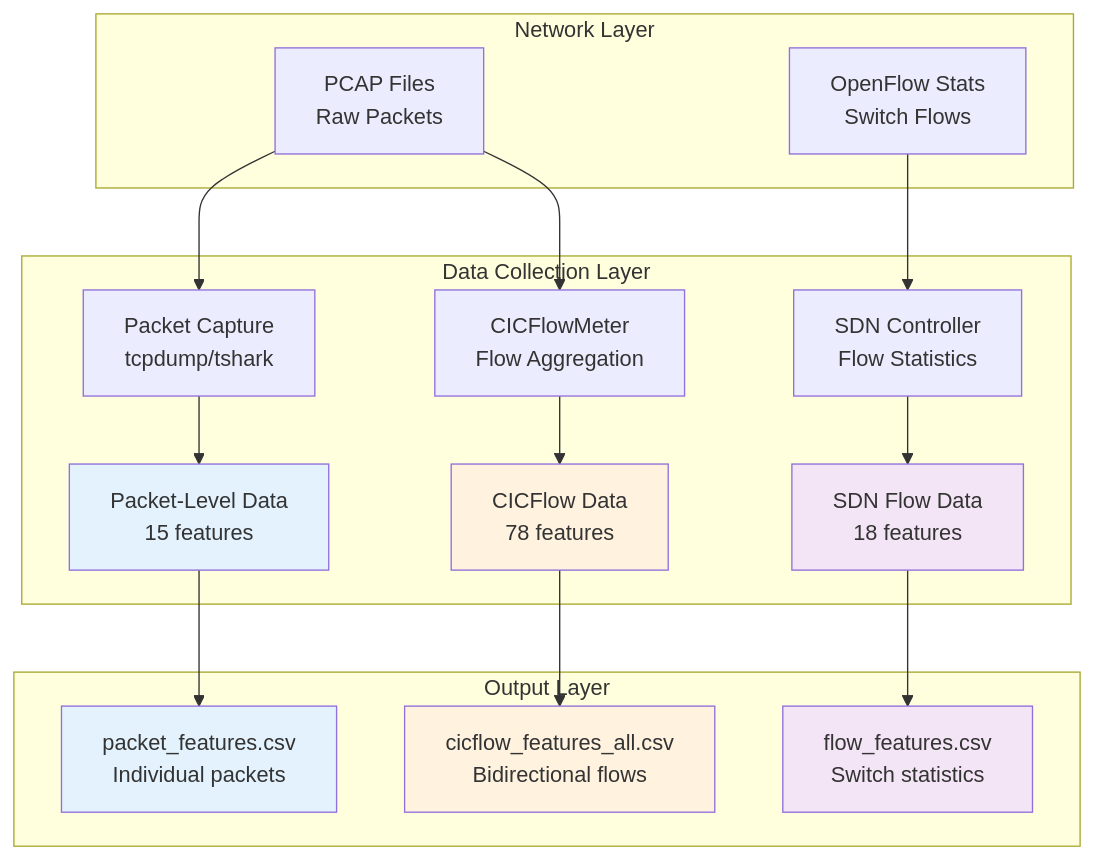
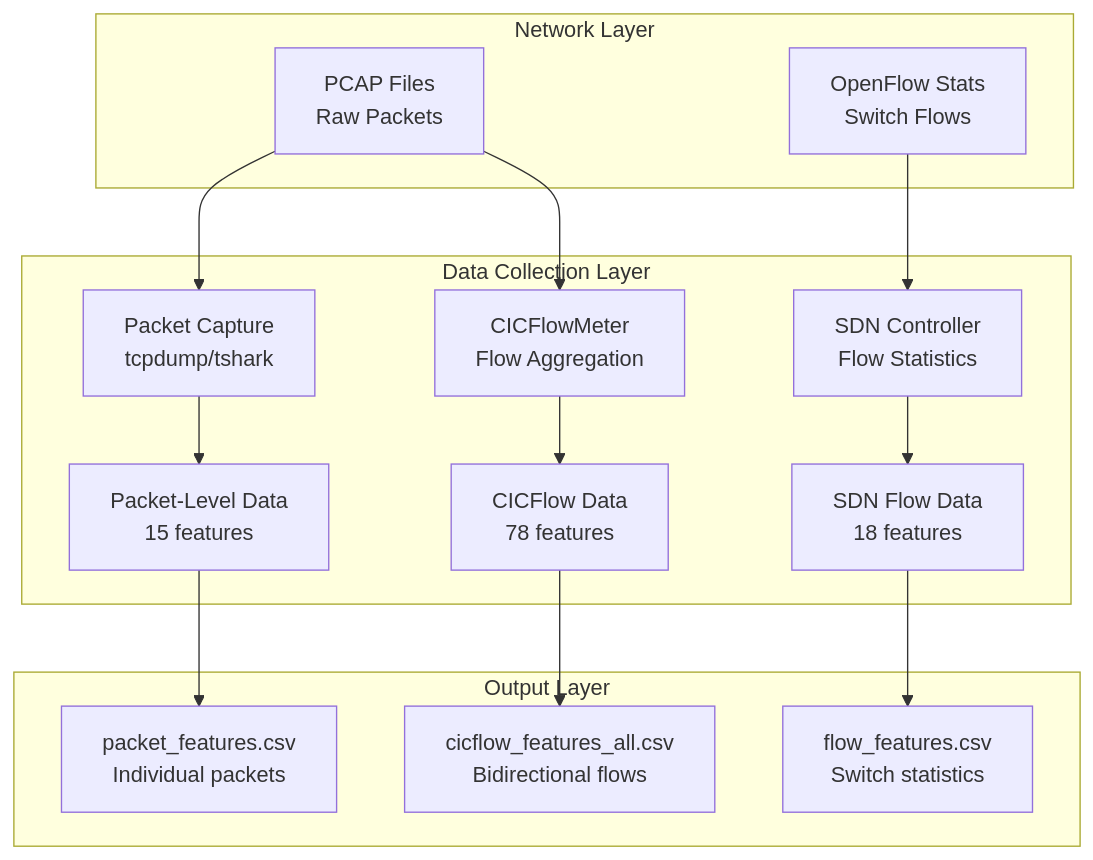
The second of 2 diagrams in docs/scenario.md (nqmn/adddosdn), drawn with Mermaid before and after one commit. The commit also changed other lines of this file, not shown here.

````diff
--- a/docs/scenario.md
+++ b/docs/scenario.md
@@ -603,27 +294,20 @@
 ```mermaid
 flowchart TB
     subgraph "Data Collection Layer"
         A[Packet Capture<br/>tcpdump/tshark] --> D[Packet-Level Data<br/>15 features]
         B[SDN Controller<br/>Flow Statistics] --> E[SDN Flow Data<br/>18 features]
         C[CICFlowMeter<br/>Flow Aggregation] --> F[CICFlow Data<br/>78 features]
     end
     
     subgraph "Network Layer"
         G[PCAP Files<br/>Raw Packets] --> A
         G --> C
         H[OpenFlow Stats<br/>Switch Flows] --> B
     end
     
     subgraph "Output Layer"
         D --> I[packet_features.csv<br/>Individual packets]
         E --> J[flow_features.csv<br/>Switch statistics]
         F --> K[cicflow_features_all.csv<br/>Bidirectional flows]
     end
-    
-    style D fill:#e3f2fd
-    style E fill:#f3e5f5
-    style F fill:#fff3e0
-    style I fill:#e3f2fd
-    style J fill:#f3e5f5
-    style K fill:#fff3e0
 ```
````
